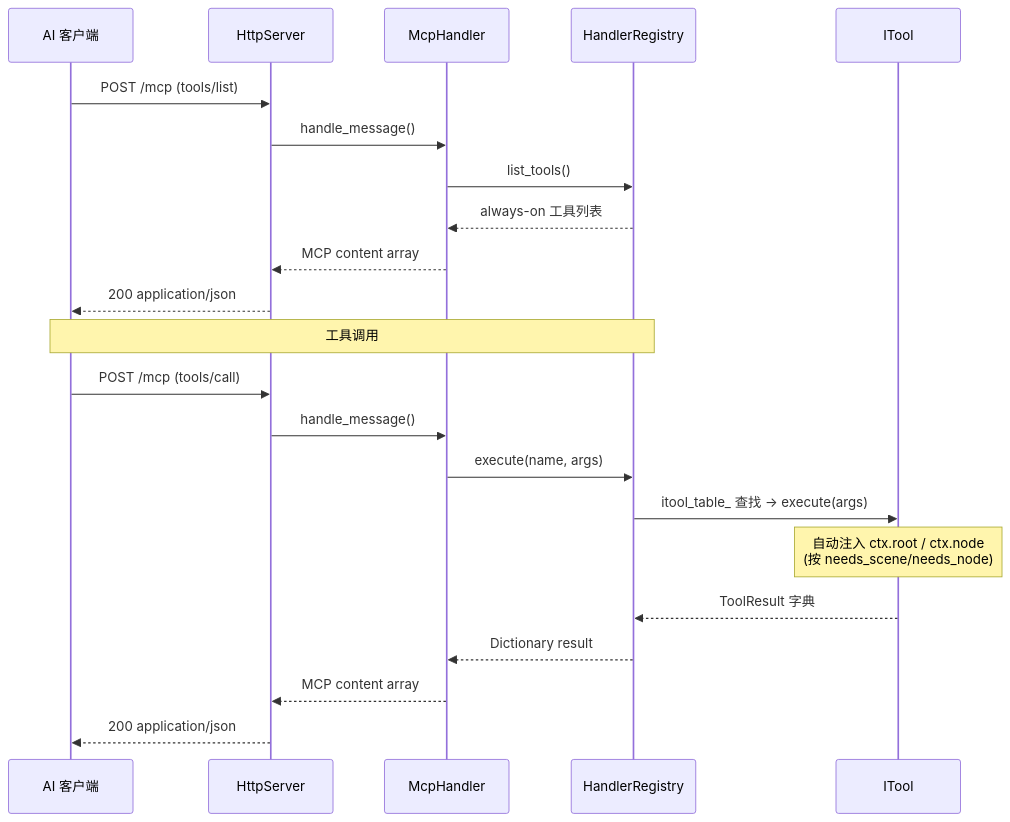
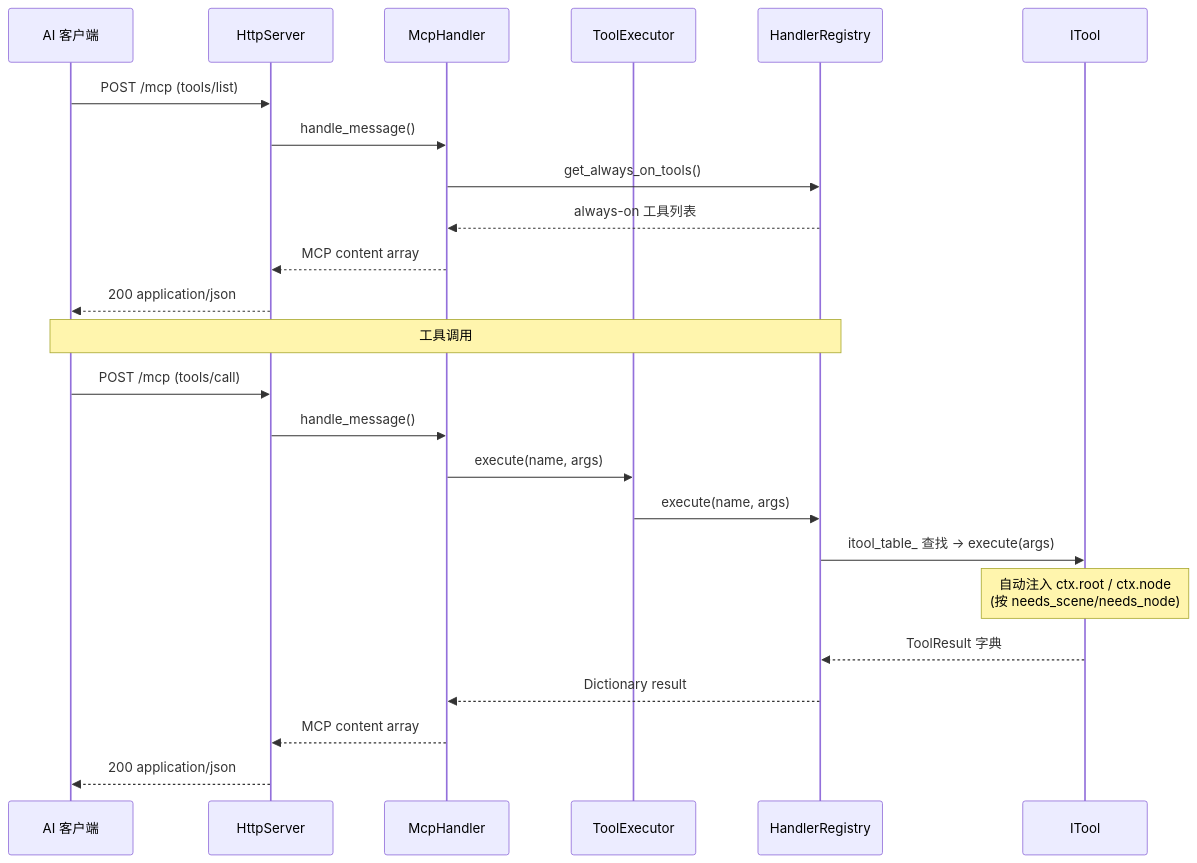
The second of 3 diagrams in .repo_wiki/overview/architecture.md (jesspig/GodotMCP-GDExtension), drawn with Mermaid before and after one commit. The commit also changed other lines of this file and 41 other files, not shown here.

````diff
--- a/.repo_wiki/overview/architecture.md
+++ b/.repo_wiki/overview/architecture.md
@@ -51,24 +53,26 @@
 ```mermaid
 sequenceDiagram
     participant AI as AI 客户端
     participant H as HttpServer
     participant M as McpHandler
+    participant E as ToolExecutor
     participant G as HandlerRegistry
     participant T as ITool
     AI->>H: POST /mcp (tools/list)
     H->>M: handle_message()
-    M->>G: list_tools()
+    M->>G: get_always_on_tools()
     G-->>M: always-on 工具列表
     M-->>H: MCP content array
     H-->>AI: 200 application/json
     Note over AI,G: 工具调用
     AI->>H: POST /mcp (tools/call)
     H->>M: handle_message()
-    M->>G: execute(name, args)
+    M->>E: execute(name, args)
+    E->>G: execute(name, args)
     G->>T: itool_table_ 查找 → execute(args)
     Note over T: 自动注入 ctx.root / ctx.node<br/>(按 needs_scene/needs_node)
     T-->>G: ToolResult 字典
     G-->>M: Dictionary result
     M-->>H: MCP content array
     H-->>AI: 200 application/json
 ```
````
